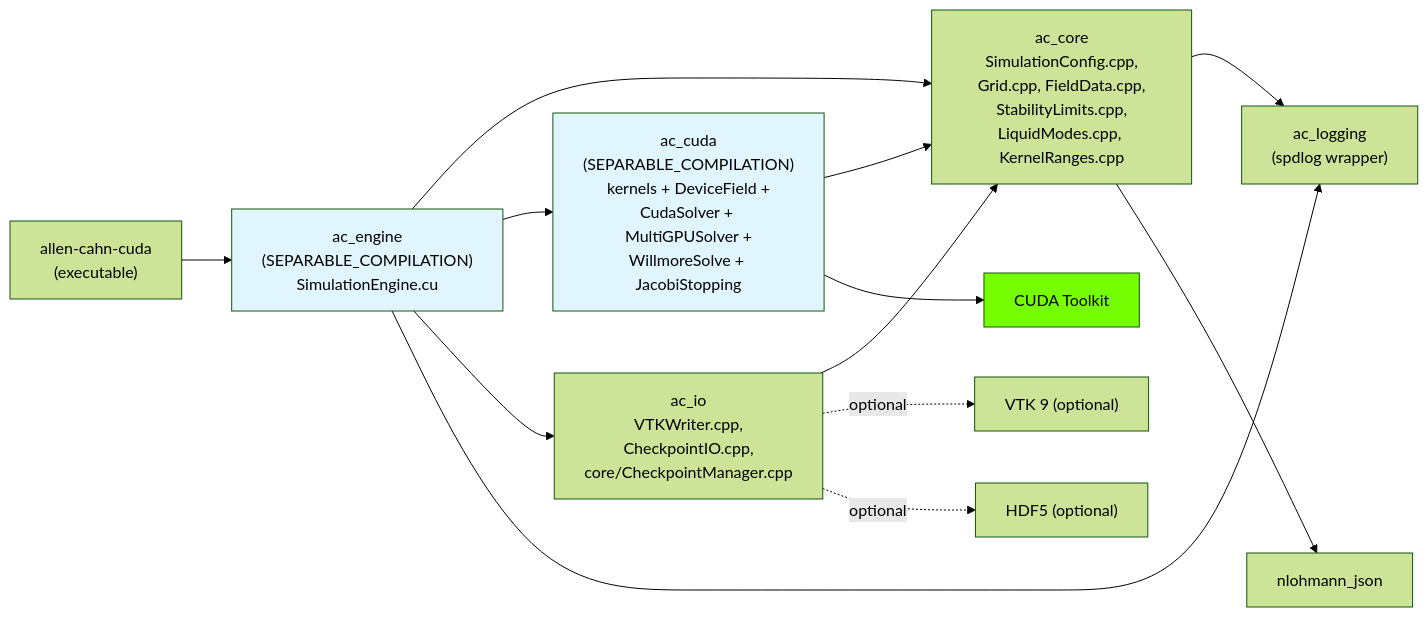
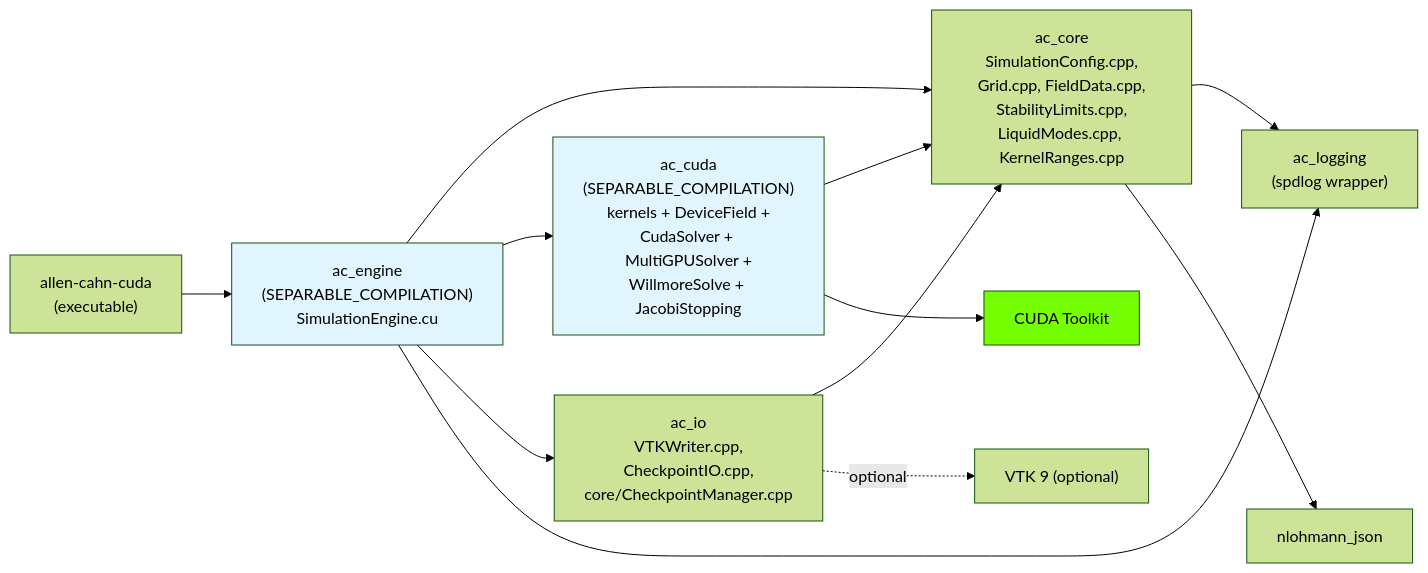
One commit to myousefi2016/Allen-Cahn-CUDA changed the second of 9 diagrams in docs/ARCHITECTURE.md. Above: the diagram before and after it, drawn with Mermaid (forest theme). The commit also changed other lines of this file and 11 other files, not shown here.

````diff
--- a/docs/ARCHITECTURE.md
+++ b/docs/ARCHITECTURE.md
@@ -98,30 +98,28 @@
 ```mermaid
 graph LR
     aclog["ac_logging<br/>(spdlog wrapper)"]
     accore["ac_core<br/>SimulationConfig.cpp,<br/>Grid.cpp, FieldData.cpp,<br/>StabilityLimits.cpp,<br/>LiquidModes.cpp, KernelRanges.cpp"]
     accuda["ac_cuda<br/>(SEPARABLE_COMPILATION)<br/>kernels + DeviceField +<br/>CudaSolver + MultiGPUSolver +<br/>WillmoreSolve + JacobiStopping"]
     acio["ac_io<br/>VTKWriter.cpp,<br/>CheckpointIO.cpp,<br/>core/CheckpointManager.cpp"]
     acengine["ac_engine<br/>(SEPARABLE_COMPILATION)<br/>SimulationEngine.cu"]
     exe["allen-cahn-cuda<br/>(executable)"]
     json["nlohmann_json"]
     cuda["CUDA Toolkit"]
     vtk["VTK 9 (optional)"]
-    hdf5["HDF5 (optional)"]
 
     accore --> aclog
     accore --> json
     accuda --> accore
     accuda --> cuda
     acio --> accore
     acio -.optional.-> vtk
-    acio -.optional.-> hdf5
     acengine --> accore
     acengine --> accuda
     acengine --> acio
     acengine --> aclog
     exe --> acengine
 
     style accuda fill:#e1f5fe
     style acengine fill:#e1f5fe
     style cuda fill:#76ff03
 ```
````
